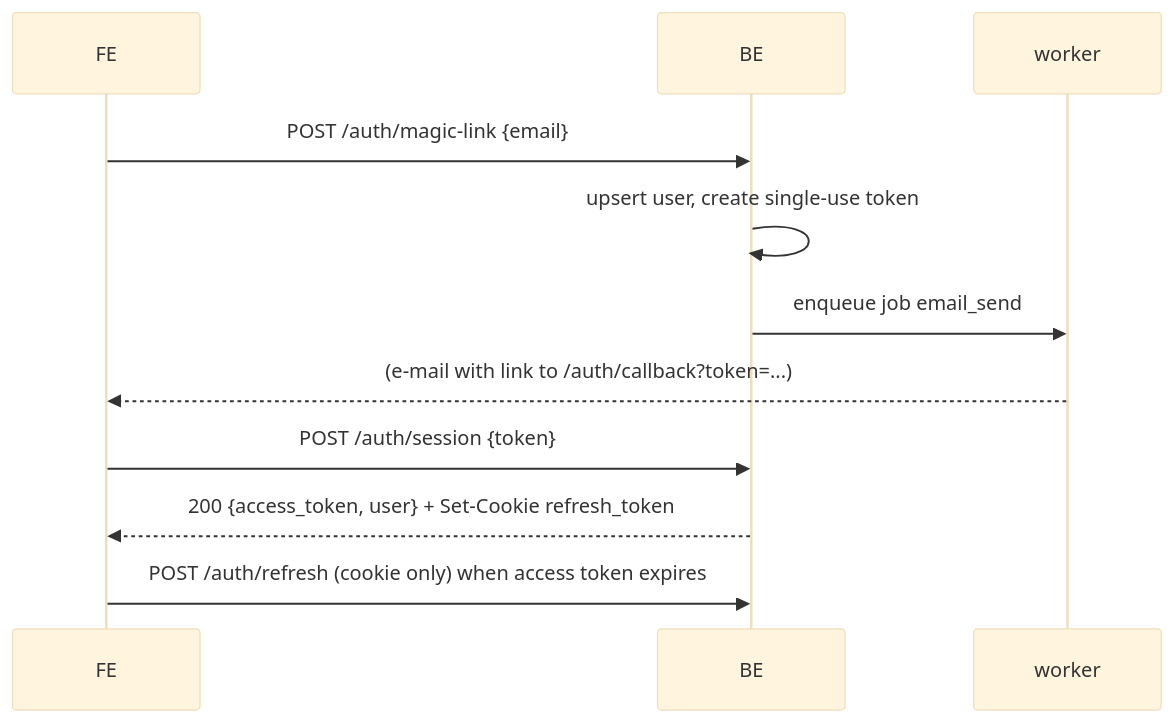
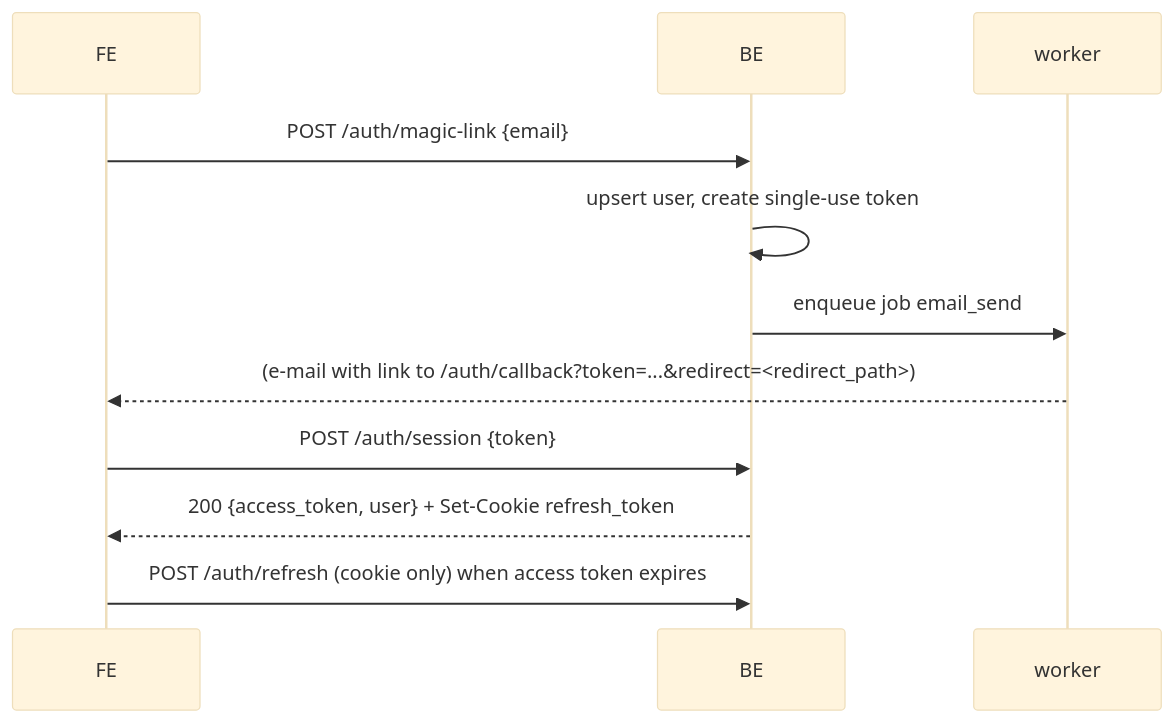
One commit to a-runebou/dd2482_project changed the fourth of 5 diagrams in docs/ARCHITECTURE.md. Above: the diagram before and after it, drawn with Mermaid (base theme). The commit also changed other lines of this file and 9 other files, not shown here.

Commit message:
feat: Frontend init T16 - reconcile contract & architecture with coordination items C1-C9

````diff
--- a/docs/ARCHITECTURE.md
+++ b/docs/ARCHITECTURE.md
@@ -180,13 +183,13 @@
 ```mermaid
 sequenceDiagram
   participant FE
   participant BE
   participant WK as worker
   FE->>BE: POST /auth/magic-link {email}
   BE->>BE: upsert user, create single-use token
   BE->>WK: enqueue job email_send
-  WK-->>FE: (e-mail with link to /auth/callback?token=...)
+  WK-->>FE: (e-mail with link to /auth/callback?token=...&redirect=<redirect_path>)
   FE->>BE: POST /auth/session {token}
   BE-->>FE: 200 {access_token, user} + Set-Cookie refresh_token
   FE->>BE: POST /auth/refresh (cookie only) when access token expires
 ```
````
